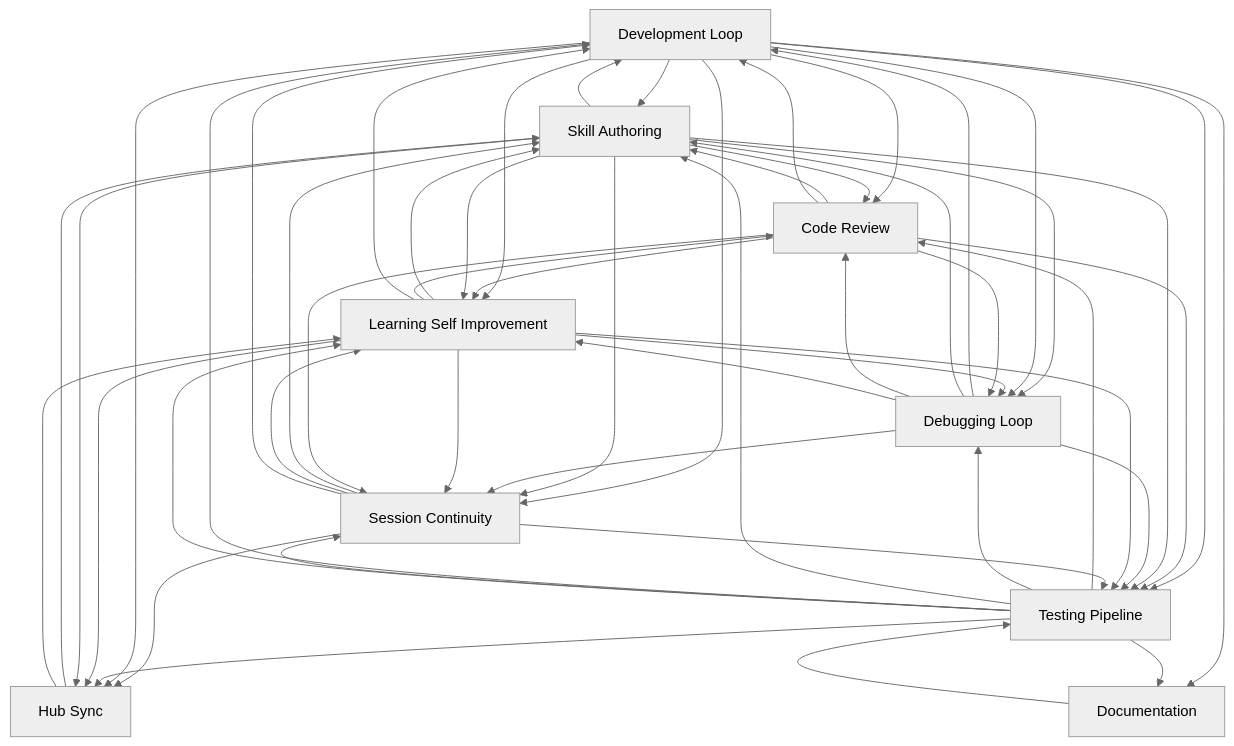
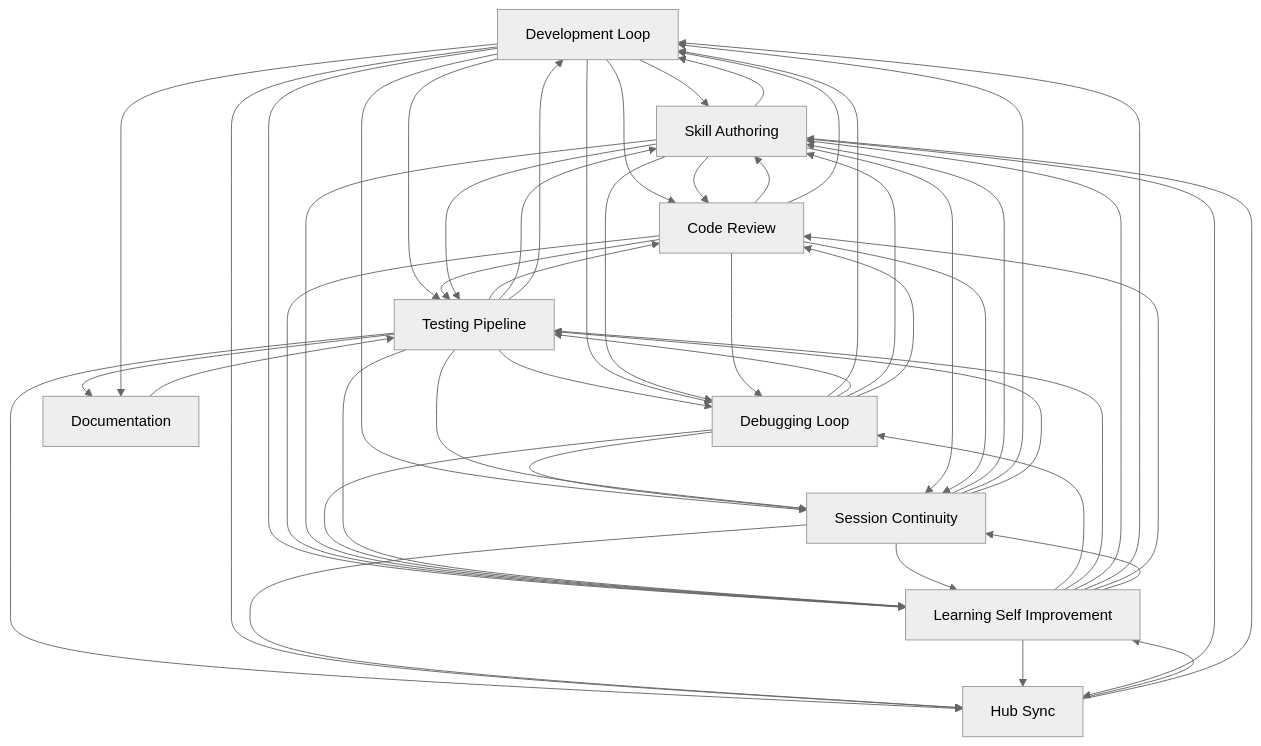
The diagram in docs/workflows/INDEX.md (abhayla/claude-best-practices), drawn with Mermaid (neutral theme) before and after one commit. The commit also changed other lines of this file and 12 other files, not shown here.

First line of the commit message:
feat: Phase 5 — /self-improve skill and knowledge expansion

````diff
--- a/docs/workflows/INDEX.md
+++ b/docs/workflows/INDEX.md
@@ -21,62 +21,62 @@
 ```mermaid
 graph TD
     development_loop[Development Loop]
     testing_pipeline[Testing Pipeline]
     debugging_loop[Debugging Loop]
     learning_self_improvement[Learning Self Improvement]
     session_continuity[Session Continuity]
     skill_authoring[Skill Authoring]
     code_review[Code Review]
     documentation[Documentation]
     hub_sync[Hub Sync]
     documentation --> testing_pipeline
     development_loop --> skill_authoring
     development_loop --> code_review
     code_review --> skill_authoring
     code_review --> development_loop
+    development_loop --> testing_pipeline
     development_loop --> learning_self_improvement
-    development_loop --> testing_pipeline
+    code_review --> testing_pipeline
     code_review --> learning_self_improvement
-    code_review --> testing_pipeline
     testing_pipeline --> code_review
     testing_pipeline --> debugging_loop
     testing_pipeline --> skill_authoring
     testing_pipeline --> development_loop
     skill_authoring --> development_loop
     skill_authoring --> code_review
+    skill_authoring --> testing_pipeline
     skill_authoring --> learning_self_improvement
-    skill_authoring --> testing_pipeline
     development_loop --> session_continuity
-    skill_authoring --> session_continuity
-    testing_pipeline --> session_continuity
     debugging_loop --> development_loop
     debugging_loop --> session_continuity
+    testing_pipeline --> session_continuity
+    skill_authoring --> session_continuity
+    debugging_loop --> testing_pipeline
+    debugging_loop --> skill_authoring
+    debugging_loop --> code_review
+    development_loop --> debugging_loop
     skill_authoring --> debugging_loop
-    development_loop --> debugging_loop
-    debugging_loop --> skill_authoring
-    debugging_loop --> testing_pipeline
-    debugging_loop --> code_review
+    debugging_loop --> learning_self_improvement
     testing_pipeline --> learning_self_improvement
-    debugging_loop --> learning_self_improvement
-    learning_self_improvement --> skill_authoring
     learning_self_improvement --> debugging_loop
     learning_self_improvement --> testing_pipeline
+    learning_self_improvement --> skill_authoring
+    learning_self_improvement --> development_loop
     learning_self_improvement --> code_review
-    learning_self_improvement --> development_loop
     code_review --> debugging_loop
+    code_review --> session_continuity
     learning_self_improvement --> session_continuity
-    code_review --> session_continuity
+    testing_pipeline --> hub_sync
+    development_loop --> hub_sync
+    session_continuity --> learning_self_improvement
     session_continuity --> hub_sync
     session_continuity --> skill_authoring
-    session_continuity --> learning_self_improvement
-    development_loop --> hub_sync
-    testing_pipeline --> hub_sync
     learning_self_improvement --> hub_sync
+    testing_pipeline --> documentation
     development_loop --> documentation
-    testing_pipeline --> documentation
     session_continuity --> development_loop
     session_continuity --> testing_pipeline
     skill_authoring --> hub_sync
+    hub_sync --> learning_self_improvement
     hub_sync --> skill_authoring
-    hub_sync --> learning_self_improvement
 ```
````
